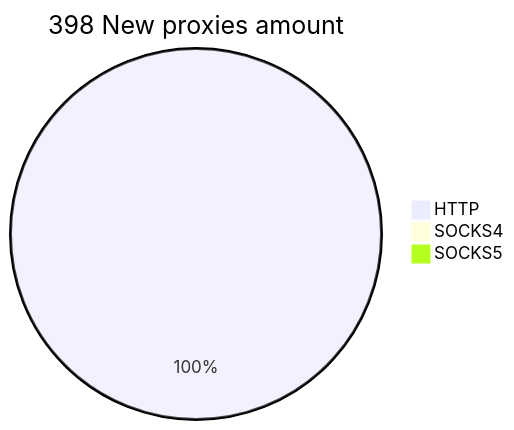
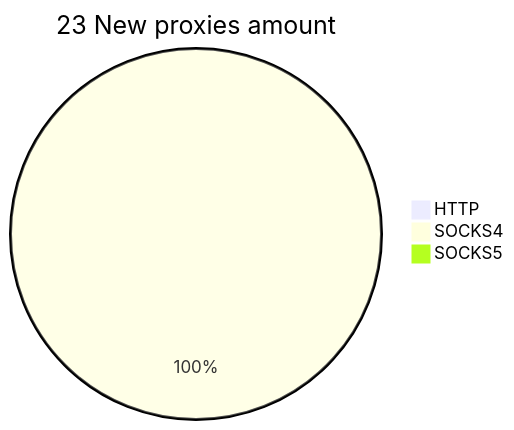
Before and after one commit to cutipu/proxylist: the second of 2 diagrams in README.md, drawn with Mermaid. The commit also changed other lines of this file, not shown here.

````diff
--- a/README.md
+++ b/README.md
@@ -10,6 +10,6 @@
 ```mermaid
-pie title 398 New proxies amount
-    "HTTP" : 399
-    "SOCKS4" : 0
+pie title 23 New proxies amount
+    "HTTP" : 0
+    "SOCKS4" : 33
     "SOCKS5" : 0
 ```
````
